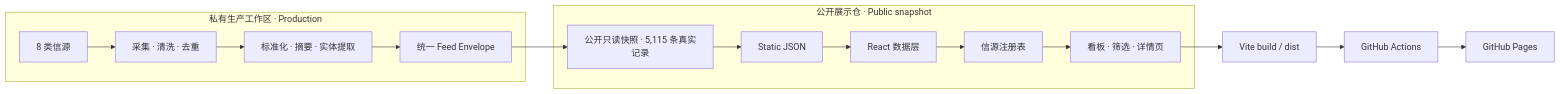
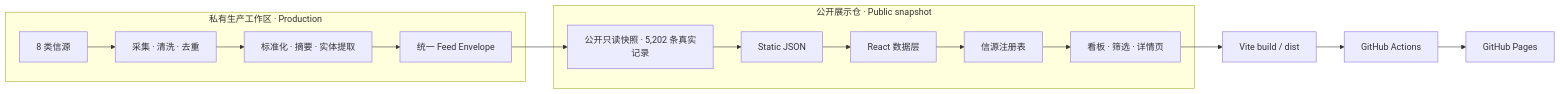
The diagram in README.md (demurge-philia093/game-industry-intelligence-radar), drawn with Mermaid before and after one commit. The commit also changed other lines of this file and 54 other files, not shown here.

````diff
--- a/README.md
+++ b/README.md
@@ -28,21 +28,21 @@
 ```mermaid
 flowchart LR
   subgraph PROD["私有生产工作区 · Production"]
     A["8 类信源"] --> B["采集 · 清洗 · 去重"]
     B --> C["标准化 · 摘要 · 实体提取"]
     C --> D["统一 Feed Envelope"]
   end
 
-  D --> E["公开只读快照 · 5,115 条真实记录"]
+  D --> E["公开只读快照 · 5,202 条真实记录"]
 
   subgraph PUBLIC["公开展示仓 · Public snapshot"]
     E --> F["Static JSON"]
     F --> G["React 数据层"]
     G --> H["信源注册表"]
     H --> I["看板 · 筛选 · 详情页"]
   end
 
   I --> J["Vite build / dist"]
   J --> K["GitHub Actions"]
   K --> L["GitHub Pages"]
 ```
````
